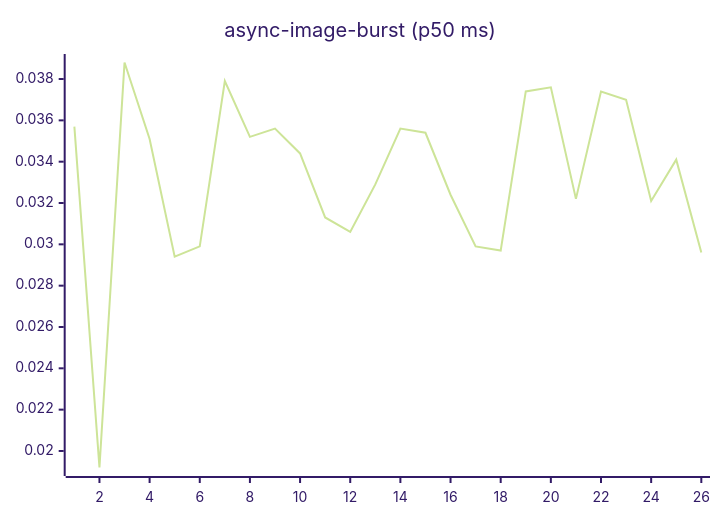
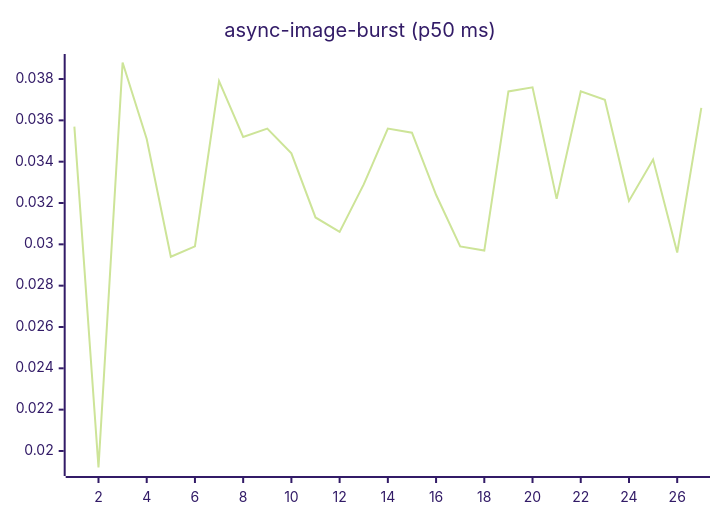
The fourth of 27 diagrams in README.md (josha/Facet), drawn with Mermaid (forest theme) before and after one commit. The commit also changed other lines of this file and 2 other files, not shown here.

````diff
--- a/README.md
+++ b/README.md
@@ -84,6 +84,6 @@
 ```mermaid
 xychart-beta
     title "async-image-burst (p50 ms)"
-    x-axis 1 --> 26
-    line [0.0357, 0.0192, 0.0388, 0.0351, 0.0294, 0.0299, 0.0379, 0.0352, 0.0356, 0.0344, 0.0313, 0.0306, 0.0329, 0.0356, 0.0354, 0.0324, 0.0299, 0.0297, 0.0374, 0.0376, 0.0322, 0.0374, 0.0370, 0.0321, 0.0341, 0.0296]
+    x-axis 1 --> 27
+    line [0.0357, 0.0192, 0.0388, 0.0351, 0.0294, 0.0299, 0.0379, 0.0352, 0.0356, 0.0344, 0.0313, 0.0306, 0.0329, 0.0356, 0.0354, 0.0324, 0.0299, 0.0297, 0.0374, 0.0376, 0.0322, 0.0374, 0.0370, 0.0321, 0.0341, 0.0296, 0.0366]
 ```
````
